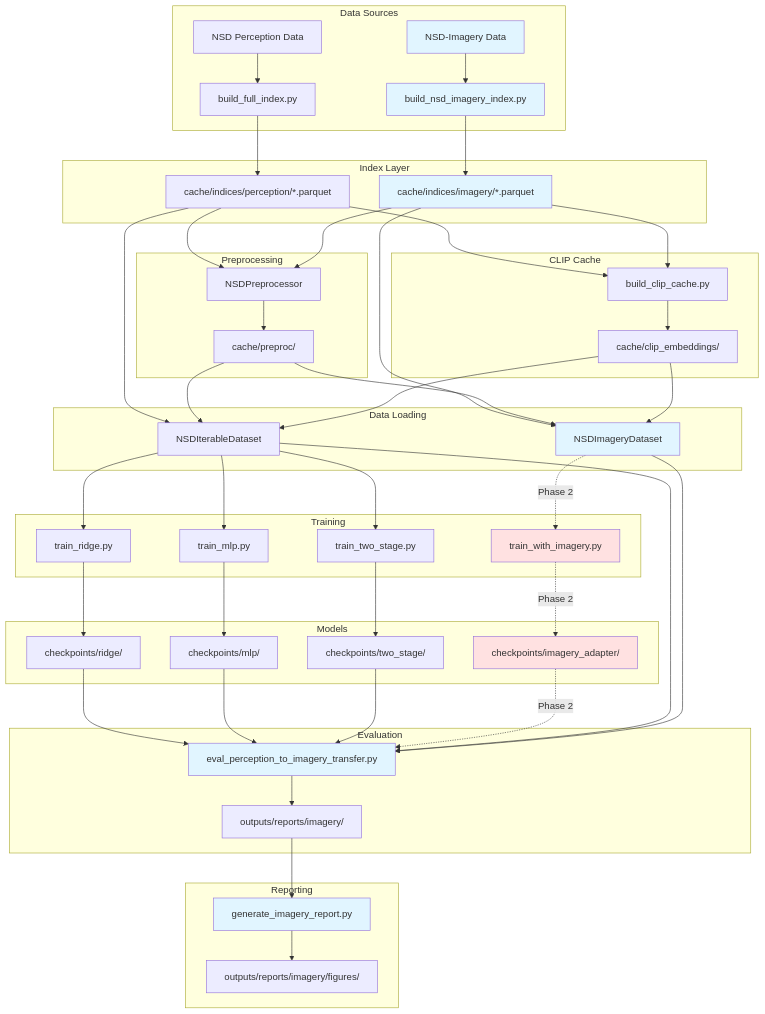
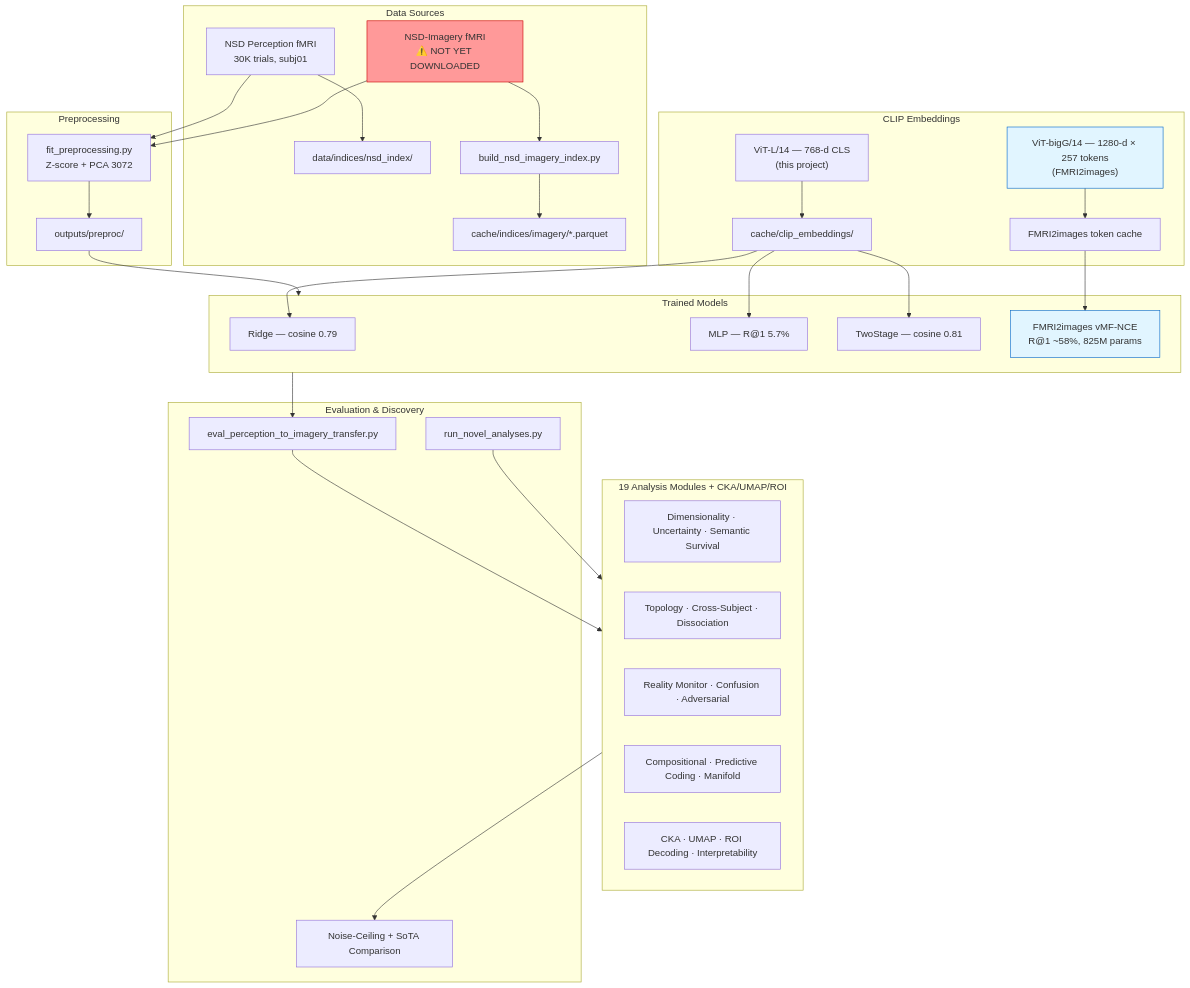
Before and after one commit to toniIepure25/perceptionVSimagination: the diagram in docs/architecture/IMAGERY_EXTENSION.md, drawn with Mermaid. The commit also changed other lines of this file and 13 other files, not shown here.

First line of the commit message:
docs: complete overhaul + external model loader for FMRI2images bridge

````diff
--- a/docs/architecture/IMAGERY_EXTENSION.md
+++ b/docs/architecture/IMAGERY_EXTENSION.md
@@ -25,71 +45,52 @@
 ```mermaid
 flowchart TD
-    subgraph Data Sources
-        A[NSD Perception Data] --> C[build_full_index.py]
-        B[NSD-Imagery Data] --> D[build_nsd_imagery_index.py]
-    end
-    
-    subgraph Index Layer
-        C --> E[cache/indices/perception/*.parquet]
+    subgraph Data["Data Sources"]
+        A[NSD Perception fMRI<br/>30K trials, subj01] --> C[data/indices/nsd_index/]
+        B["NSD-Imagery fMRI<br/>⚠️ NOT YET DOWNLOADED"] --> D[build_nsd_imagery_index.py]
         D --> F[cache/indices/imagery/*.parquet]
     end
-    
-    subgraph Preprocessing
-        E --> G[NSDPreprocessor]
-        F --> G
-        G --> H[cache/preproc/]
+
+    subgraph Preproc["Preprocessing"]
+        A --> G["fit_preprocessing.py<br/>Z-score + PCA 3072"]
+        B --> G
+        G --> H[outputs/preproc/]
     end
-    
-    subgraph CLIP Cache
-        E --> I[build_clip_cache.py]
-        F --> I
-        I --> J[cache/clip_embeddings/]
+
+    subgraph CLIP["CLIP Embeddings"]
+        I["ViT-L/14 — 768-d CLS<br/>(this project)"] --> J[cache/clip_embeddings/]
+        K["ViT-bigG/14 — 1280-d × 257 tokens<br/>(FMRI2images)"] --> L[FMRI2images token cache]
     end
-    
-    subgraph Data Loading
-        E --> K[NSDIterableDataset]
-        F --> L[NSDImageryDataset]
-        H --> K
-        H --> L
-        J --> K
-        J --> L
+
+    subgraph Models["Trained Models"]
+        M1["Ridge — cosine 0.79"]
+        M2["MLP — R@1 5.7%"]
+        M3["TwoStage — cosine 0.81"]
+        M5["FMRI2images vMF-NCE<br/>R@1 ~58%, 825M params"]
     end
-    
-    subgraph Training
-        K --> M[train_ridge.py]
-        K --> N[train_mlp.py]
-        K --> O[train_two_stage.py]
-        L -.->|Phase 2| P[train_with_imagery.py]
+
+    subgraph Analysis["19 Analysis Modules + CKA/UMAP/ROI"]
+        N1[Dimensionality · Uncertainty · Semantic Survival]
+        N2[Topology · Cross-Subject · Dissociation]
+        N3[Reality Monitor · Confusion · Adversarial]
+        N4[Compositional · Predictive Coding · Manifold]
+        N5[CKA · UMAP · ROI Decoding · Interpretability]
     end
-    
-    subgraph Models
-        M --> Q[checkpoints/ridge/]
-        N --> R[checkpoints/mlp/]
-        O --> S[checkpoints/two_stage/]
-        P -.->|Phase 2| T[checkpoints/imagery_adapter/]
+
+    subgraph Eval["Evaluation & Discovery"]
+        E1[eval_perception_to_imagery_transfer.py]
+        E2[run_novel_analyses.py]
+        E3[Noise-Ceiling + SoTA Comparison]
     end
-    
-    subgraph Evaluation
-        Q --> U[eval_perception_to_imagery_transfer.py]
-        R --> U
-        S --> U
-        T -.->|Phase 2| U
-        K --> U
-        L --> U
-        U --> V[outputs/reports/imagery/]
-    end
-    
-    subgraph Reporting
-        V --> W[generate_imagery_report.py]
-        W --> X[outputs/reports/imagery/figures/]
-    end
-    
-    style B fill:#e1f5ff
-    style D fill:#e1f5ff
-    style F fill:#e1f5ff
-    style L fill:#e1f5ff
-    style P fill:#ffe1e1
-    style T fill:#ffe1e1
-    style U fill:#e1f5ff
-    style W fill:#e1f5ff
+
+    H --> Models
+    J --> M1 & M2 & M3
+    L --> M5
+    Models --> E1
+    E1 --> Analysis
+    E2 --> Analysis
+    Analysis --> E3
+
+    style B fill:#ff9999,stroke:#cc0000
+    style M5 fill:#e1f5ff,stroke:#0066cc
+    style K fill:#e1f5ff,stroke:#0066cc
 ```
````
